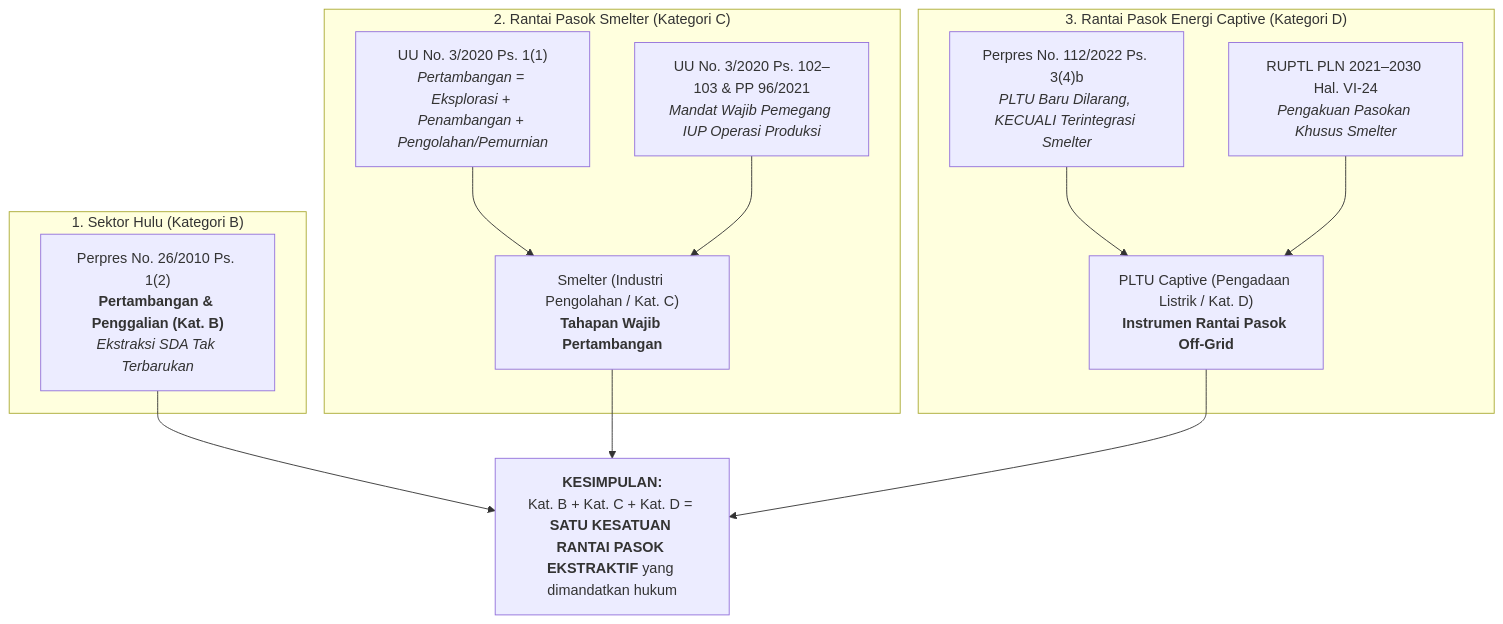
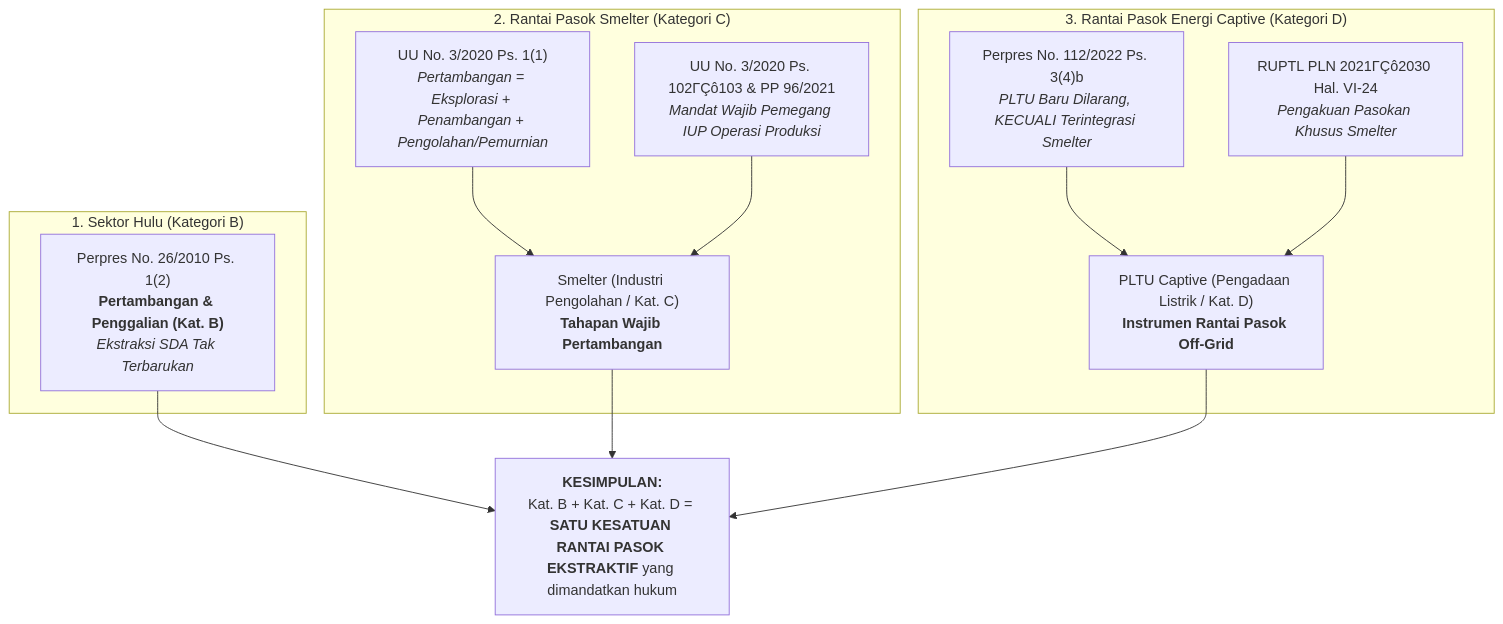
One commit to HenryAi-SIBERMU/ECC changed the first of 4 diagrams in tools/report_metodologi/Metodologi_Bab1_Ekspansi_Industri.md. Above: the diagram before and after it, drawn with Mermaid. The commit also changed other lines of this file and 54 other files, not shown here.

````diff
--- a/tools/report_metodologi/Metodologi_Bab1_Ekspansi_Industri.md
+++ b/tools/report_metodologi/Metodologi_Bab1_Ekspansi_Industri.md
@@ -30,20 +30,20 @@
 ```mermaid
 graph TD
     subgraph Mandat_Smelter["2. Rantai Pasok Smelter (Kategori C)"]
         A["UU No. 3/2020 Ps. 1(1)<br/><i>Pertambangan = Eksplorasi + Penambangan + Pengolahan/Pemurnian</i>"] --> B["Smelter (Industri Pengolahan / Kat. C)<br/><b>Tahapan Wajib Pertambangan</b>"]
-        C["UU No. 3/2020 Ps. 102–103 & PP 96/2021<br/><i>Mandat Wajib Pemegang IUP Operasi Produksi</i>"] --> B
+        C["UU No. 3/2020 Ps. 102ΓÇô103 & PP 96/2021<br/><i>Mandat Wajib Pemegang IUP Operasi Produksi</i>"] --> B
     end
 
     subgraph Mandat_Energi["3. Rantai Pasok Energi Captive (Kategori D)"]
         D["Perpres No. 112/2022 Ps. 3(4)b<br/><i>PLTU Baru Dilarang, KECUALI Terintegrasi Smelter</i>"] --> E["PLTU Captive (Pengadaan Listrik / Kat. D)<br/><b>Instrumen Rantai Pasok Off-Grid</b>"]
-        F["RUPTL PLN 2021–2030 Hal. VI-24<br/><i>Pengakuan Pasokan Khusus Smelter</i>"] --> E
+        F["RUPTL PLN 2021ΓÇô2030 Hal. VI-24<br/><i>Pengakuan Pasokan Khusus Smelter</i>"] --> E
     end
 
     subgraph Hulu_Tambang["1. Sektor Hulu (Kategori B)"]
         G["Perpres No. 26/2010 Ps. 1(2)<br/><b>Pertambangan & Penggalian (Kat. B)</b><br/><i>Ekstraksi SDA Tak Terbarukan</i>"]
     end
 
     G --> K["<b>KESIMPULAN:</b><br/>Kat. B + Kat. C + Kat. D = <b>SATU KESATUAN RANTAI PASOK EKSTRAKTIF</b> yang dimandatkan hukum"]
     B --> K
     E --> K
 ```
````
